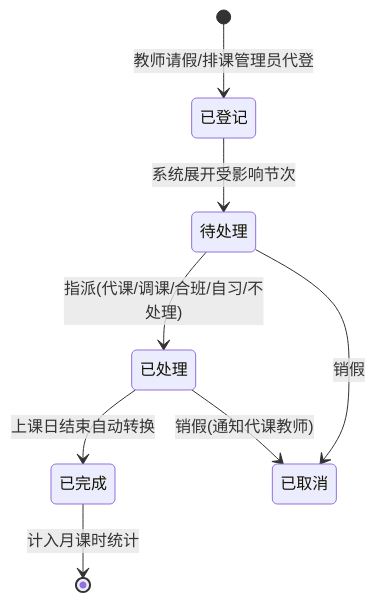
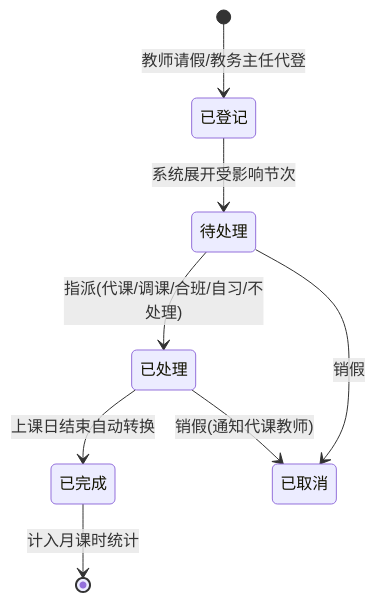
Before and after one commit to sine-io/Course_Scheduling_System: the fourth of 4 diagrams in docs/architecture.md, drawn with Mermaid. The commit also changed other lines of this file and 224 other files, not shown here.

````diff
--- a/docs/architecture.md
+++ b/docs/architecture.md
@@ -500,10 +499,10 @@
 ```mermaid
 stateDiagram-v2
-    [*] --> 已登记: 教师请假/排课管理员代登
+    [*] --> 已登记: 教师请假/教务主任代登
     已登记 --> 待处理: 系统展开受影响节次
     待处理 --> 已处理: 指派(代课/调课/合班/自习/不处理)
     已处理 --> 已完成: 上课日结束自动转换
     已完成 --> [*]: 计入月课时统计
     待处理 --> 已取消: 销假
     已处理 --> 已取消: 销假(通知代课教师)
 ```
````
